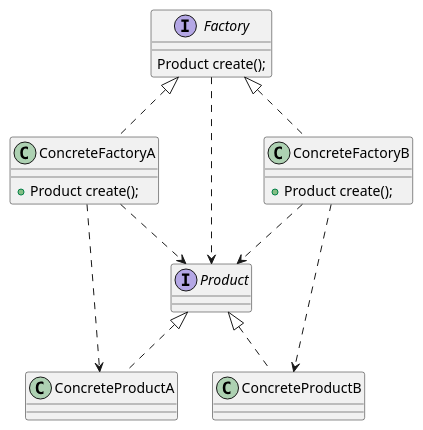
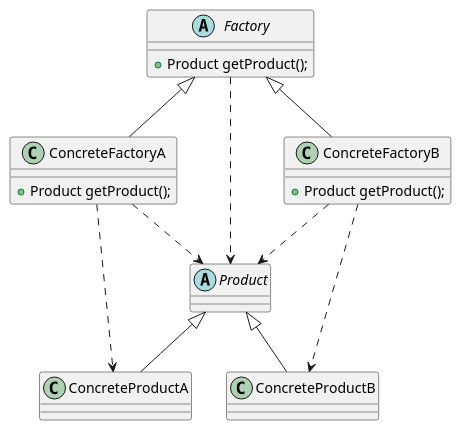
Before and after one commit to mrathena/design.pattern: the diagram in src/main/java/com/mrathena/design/pattern/build/factory/method/pattern/factory.method.pattern.puml, drawn with PlantUML. The commit also changed 49 other files, not shown here.

```diff
--- a/src/main/java/com/mrathena/design/pattern/build/factory/method/pattern/factory.method.pattern.puml
+++ b/src/main/java/com/mrathena/design/pattern/build/factory/method/pattern/factory.method.pattern.puml
@@ -1,21 +1,21 @@
 @startuml
 
-interface Product
-class ConcreteProductA implements Product
-class ConcreteProductB implements Product
-interface Factory {
-    Product create();
+abstract class Product
+class ConcreteProductA extends Product
+class ConcreteProductB extends Product
+abstract class Factory {
+    + Product getProduct();
 }
-class ConcreteFactoryA implements Factory {
-    + Product create();
+class ConcreteFactoryA extends Factory {
+    + Product getProduct();
 }
-class ConcreteFactoryB implements Factory {
-    + Product create();
+class ConcreteFactoryB extends Factory {
+    + Product getProduct();
 }
 Factory ..> Product
 ConcreteFactoryA ..> Product
 ConcreteFactoryB ..> Product
 ConcreteFactoryA ..> ConcreteProductA
 ConcreteFactoryB ..> ConcreteProductB
 
 @enduml
```
